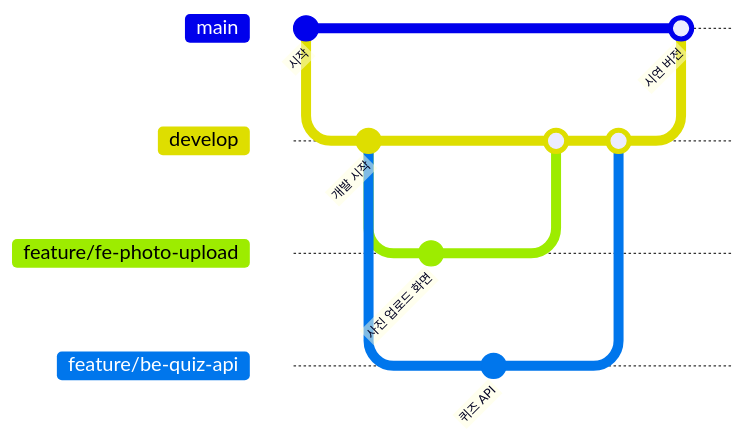
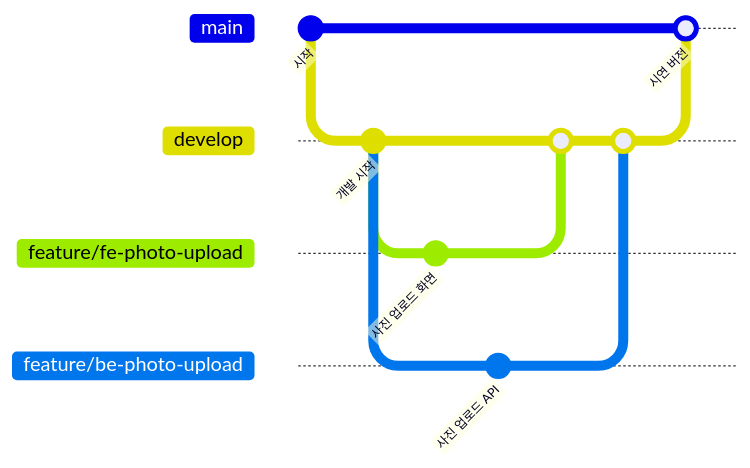
Before and after one commit to only-smhrd-2026/only-app: the first of 2 diagrams in README.md, drawn with Mermaid. The commit also changed other lines of this file and 94 other files, not shown here.

````diff
--- a/README.md
+++ b/README.md
@@ -58,19 +153,19 @@
 ```mermaid
 gitGraph
   commit id: "시작"
   branch develop
   checkout develop
   commit id: "개발 시작"
   branch feature/fe-photo-upload
   checkout feature/fe-photo-upload
   commit id: "사진 업로드 화면"
   checkout develop
-  branch feature/be-quiz-api
-  checkout feature/be-quiz-api
-  commit id: "퀴즈 API"
+  branch feature/be-photo-upload
+  checkout feature/be-photo-upload
+  commit id: "사진 업로드 API"
   checkout develop
   merge feature/fe-photo-upload
-  merge feature/be-quiz-api
+  merge feature/be-photo-upload
   checkout main
   merge develop id: "시연 버전"
 ```
````
